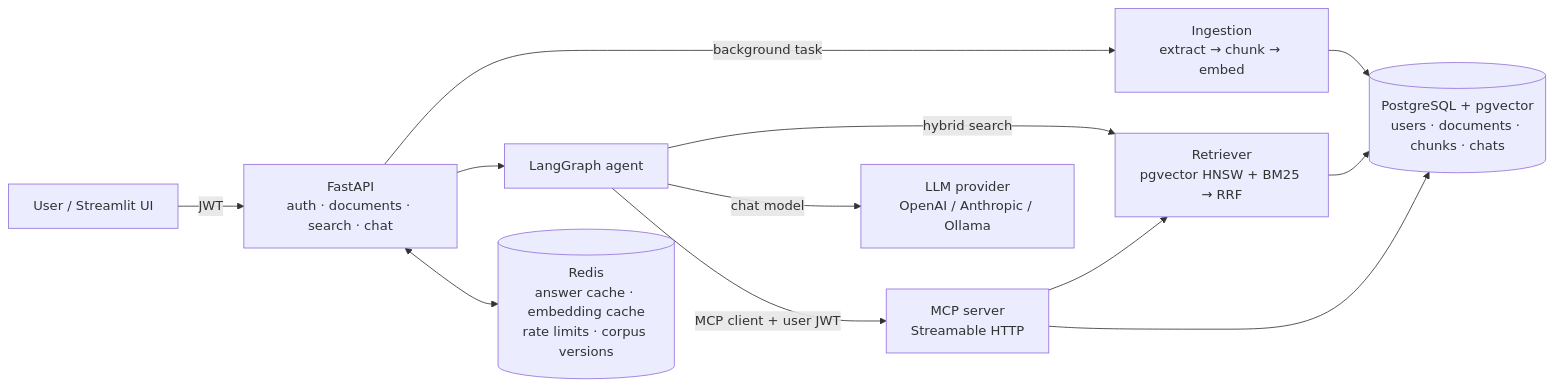
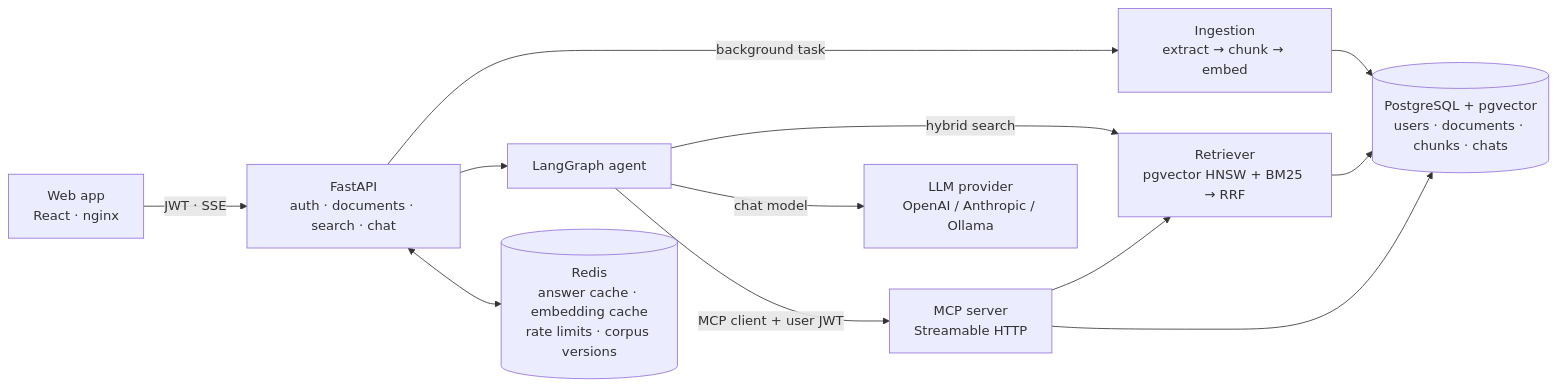
One commit to abhisek-futx-da/enterprise-knowledge-assistant changed the first of 2 diagrams in README.md. Above: the diagram before and after it, drawn with Mermaid. The commit also changed other lines of this file and 42 other files, not shown here.

First line of the commit message:
Replace Streamlit with a React web app and stream agent steps live

````diff
--- a/README.md
+++ b/README.md
@@ -23,14 +24,14 @@
 ```mermaid
 flowchart LR
-    U[User / Streamlit UI] -->|JWT| API[FastAPI<br/>auth · documents · search · chat]
+    U[Web app<br/>React · nginx] -->|JWT · SSE| API[FastAPI<br/>auth · documents · search · chat]
     API -->|background task| ING[Ingestion<br/>extract → chunk → embed]
     ING --> PG[(PostgreSQL + pgvector<br/>users · documents · chunks · chats)]
     API --> AG[LangGraph agent]
     AG -->|hybrid search| RET[Retriever<br/>pgvector HNSW + BM25 → RRF]
     RET --> PG
     AG -->|chat model| LLM[LLM provider<br/>OpenAI / Anthropic / Ollama]
     AG -->|MCP client + user JWT| MCP[MCP server<br/>Streamable HTTP]
     MCP --> RET
     MCP --> PG
     API <--> R[(Redis<br/>answer cache · embedding cache<br/>rate limits · corpus versions)]
 ```
````
